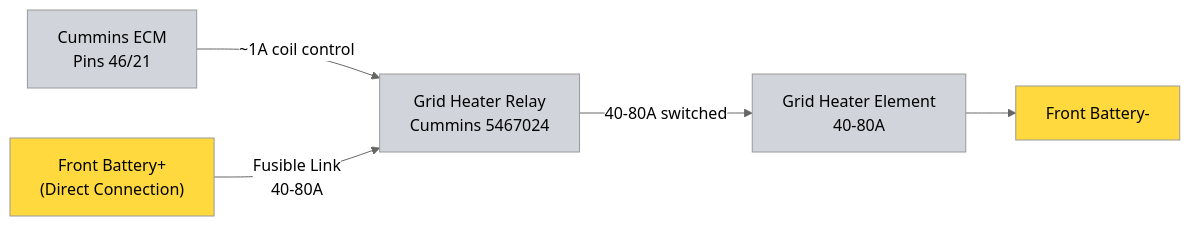
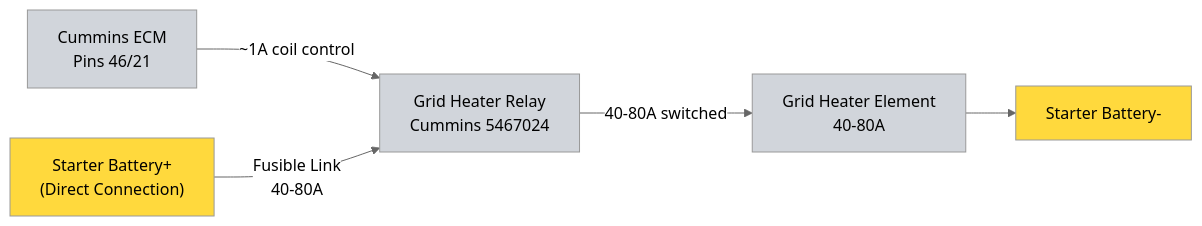
Before and after one commit to sob/drawings: the diagram in docs/jeep_lj/02-engine-systems/08-grid-heater.md, drawn with Mermaid (neutral theme). The commit also changed other lines of this file and 88 other files, not shown here.

````diff
--- a/docs/jeep_lj/02-engine-systems/08-grid-heater.md
+++ b/docs/jeep_lj/02-engine-systems/08-grid-heater.md
@@ -33,19 +48,19 @@
 ```mermaid
 flowchart LR
     ECM["Cummins ECM<br/>Pins 46/21"]
     RELAY["Grid Heater Relay<br/>Cummins 5467024"]
-    BATT["Front Battery+<br/>(Direct Connection)"]
-    GND["Front Battery-"]
+    BATT["Starter Battery+<br/>(Direct Connection)"]
+    GND["Starter Battery-"]
     ELEMENT["Grid Heater Element<br/>40-80A"]
 
     ECM -->|"~1A coil control"| RELAY
     BATT -->|"Fusible Link<br/>40-80A"| RELAY
     RELAY -->|"40-80A switched"| ELEMENT
     ELEMENT --> GND
 
     style ECM fill:#d1d5db,color:#000
     style RELAY fill:#d1d5db,color:#000
     style BATT fill:#ffd93d,color:#000
     style GND fill:#ffd93d,color:#000
     style ELEMENT fill:#d1d5db,color:#000
 ```
````
